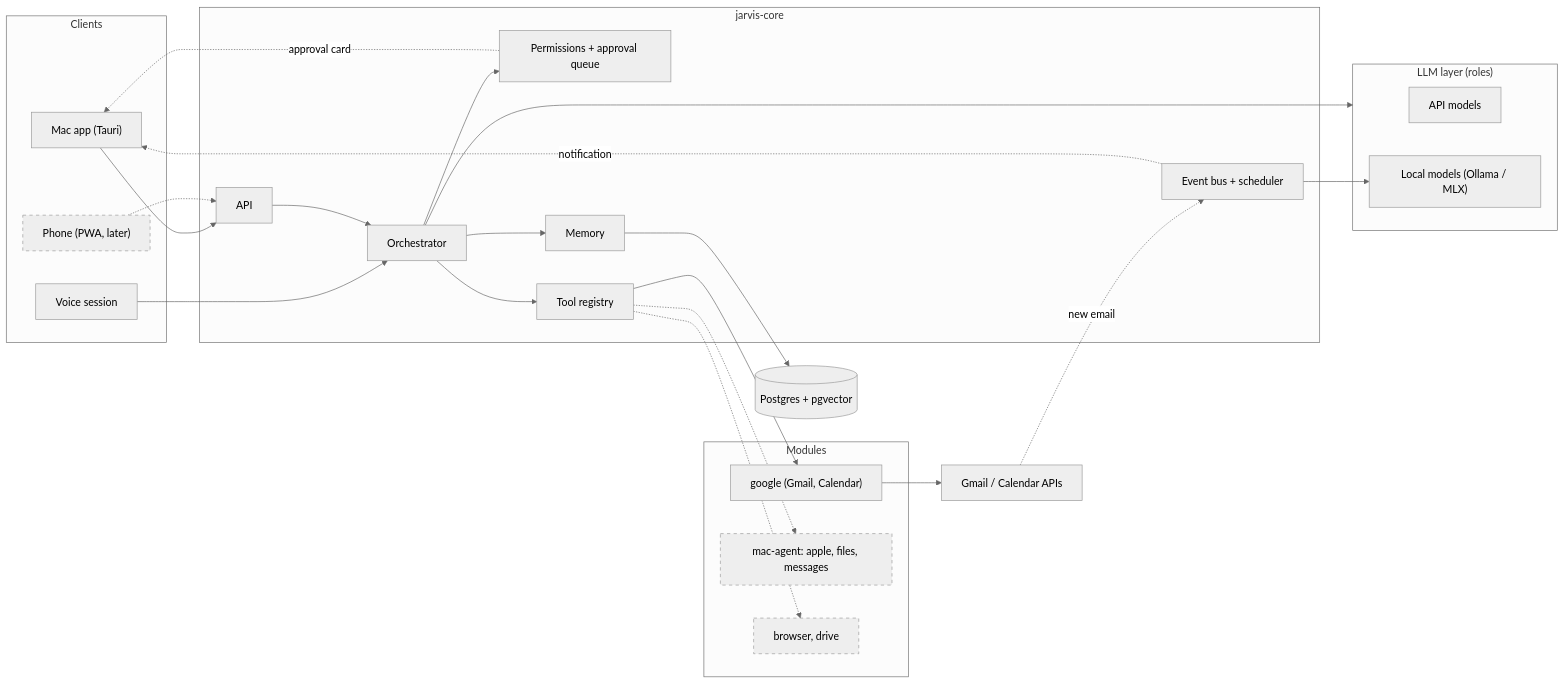
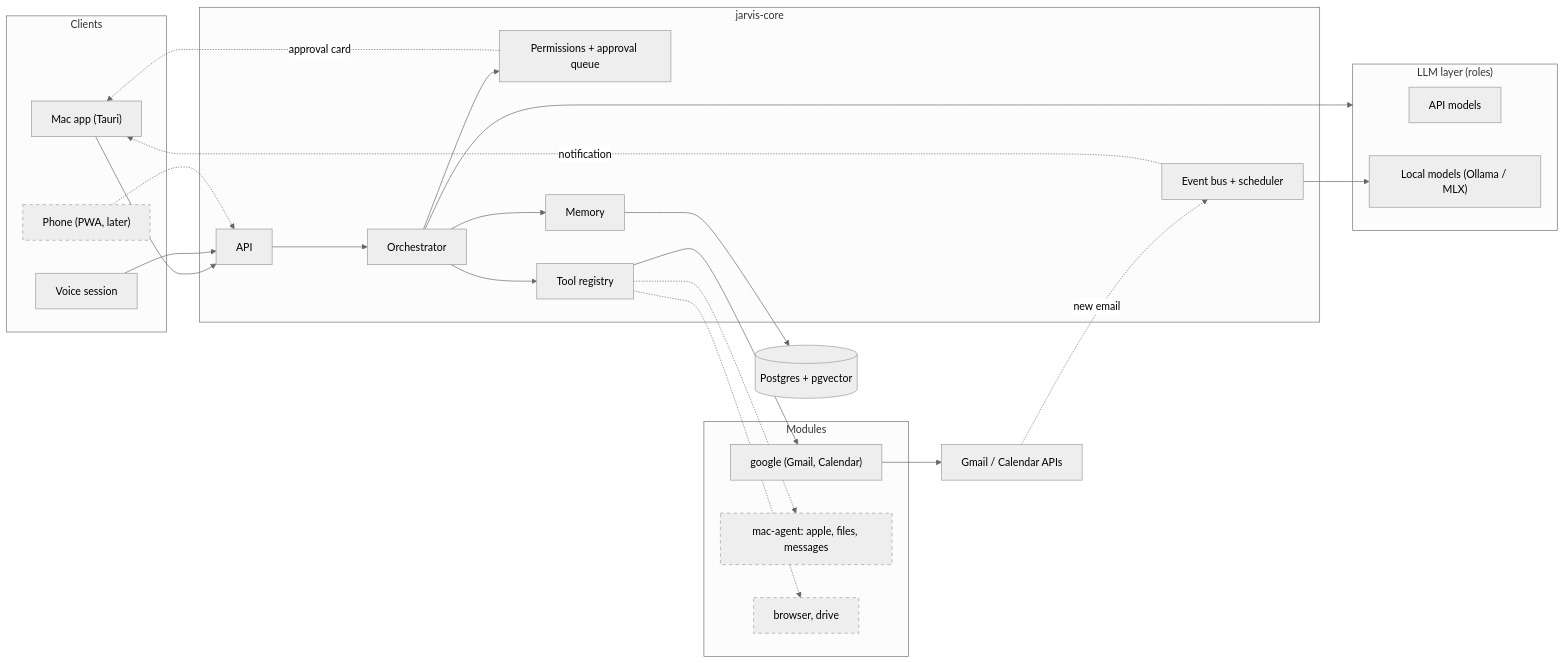
One commit to arelraba11/Jarvis-AI changed the diagram in docs/architecture.md. Above: the diagram before and after it, drawn with Mermaid (neutral theme). The commit also changed other lines of this file and 11 other files, not shown here.

````diff
--- a/docs/architecture.md
+++ b/docs/architecture.md
@@ -10,52 +10,52 @@
 ```mermaid
 flowchart LR
     subgraph clients["Clients"]
         app["Mac app (Tauri)"]
         voice["Voice session"]
         phone["Phone (PWA, later)"]
     end
 
     subgraph core["jarvis-core"]
         api["API"]
         orch["Orchestrator"]
         perm["Permissions + approval queue"]
         mem["Memory"]
         bus["Event bus + scheduler"]
         reg["Tool registry"]
     end
 
     subgraph llm["LLM layer (roles)"]
         apiModels["API models"]
         local["Local models (Ollama / MLX)"]
     end
 
     subgraph modules["Modules"]
         google["google (Gmail, Calendar)"]
         macagent["mac-agent: apple, files, messages"]
         browser["browser, drive"]
     end
 
     pg[("Postgres + pgvector")]
     ext["Gmail / Calendar APIs"]
 
     app --> api
-    voice --> orch
+    voice --> api
     phone -.-> api
     api --> orch
     orch --> reg
     orch --> perm
     orch --> mem
     orch --> llm
     reg --> google
     reg -.-> macagent
     reg -.-> browser
     google --> ext
     ext -. "new email" .-> bus
     bus --> local
     bus -. notification .-> app
     mem --> pg
     perm -. "approval card" .-> app
 
     classDef later stroke-dasharray: 5 5
     class phone,macagent,browser later
 ```
````
